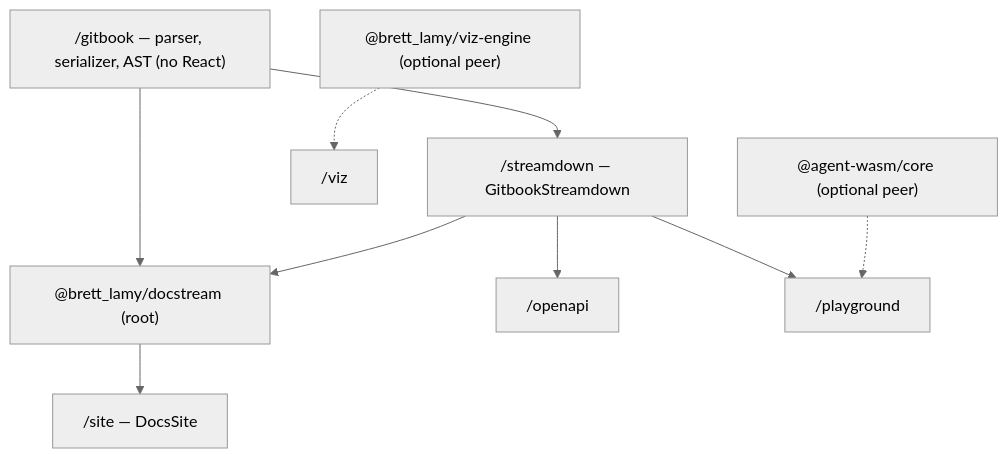
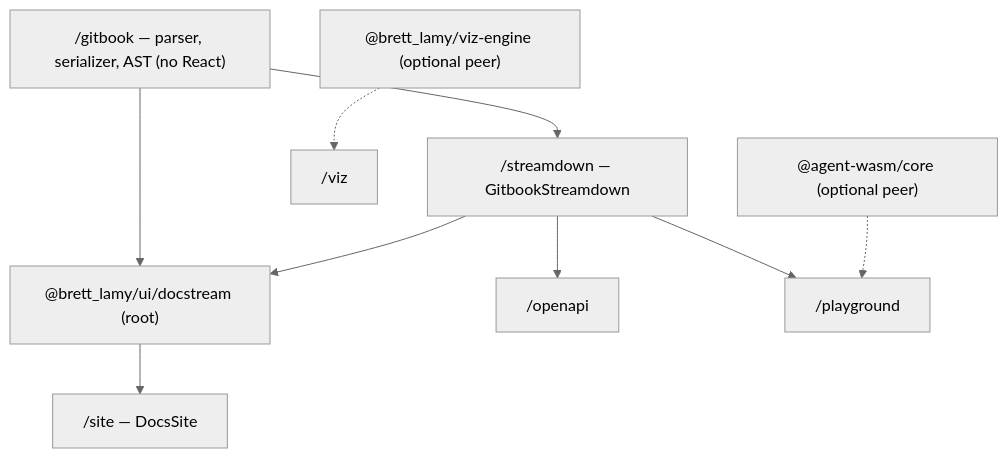
Before and after one commit to BLamy/ui: the diagram in apps/docstream-playground/docs/01-getting-started/03-package-entries.md, drawn with Mermaid (neutral theme). The commit also changed other lines of this file and 237 other files, not shown here.

````diff
--- a/apps/docstream-playground/docs/01-getting-started/03-package-entries.md
+++ b/apps/docstream-playground/docs/01-getting-started/03-package-entries.md
@@ -9,20 +9,20 @@
 ```mermaid
 graph TD
   G["/gitbook — parser, serializer, AST (no React)"]
   S["/streamdown — GitbookStreamdown"]
-  R["@brett_lamy/docstream (root)"]
+  R["@brett_lamy/ui/docstream (root)"]
   O["/openapi"]
   P["/playground"]
   V["/viz"]
   SITE["/site — DocsSite"]
   A["@agent-wasm/core (optional peer)"]
   VE["@brett_lamy/viz-engine (optional peer)"]
   G --> S
   G --> R
   S --> R
   S --> O
   S --> P
   R --> SITE
   A -.-> P
   VE -.-> V
 ```
````
